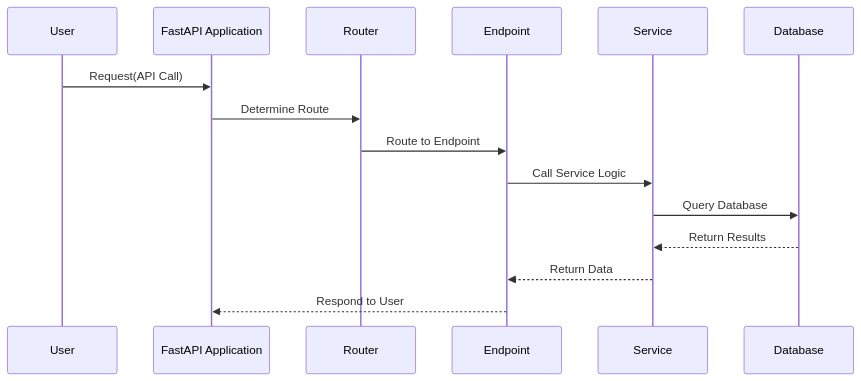
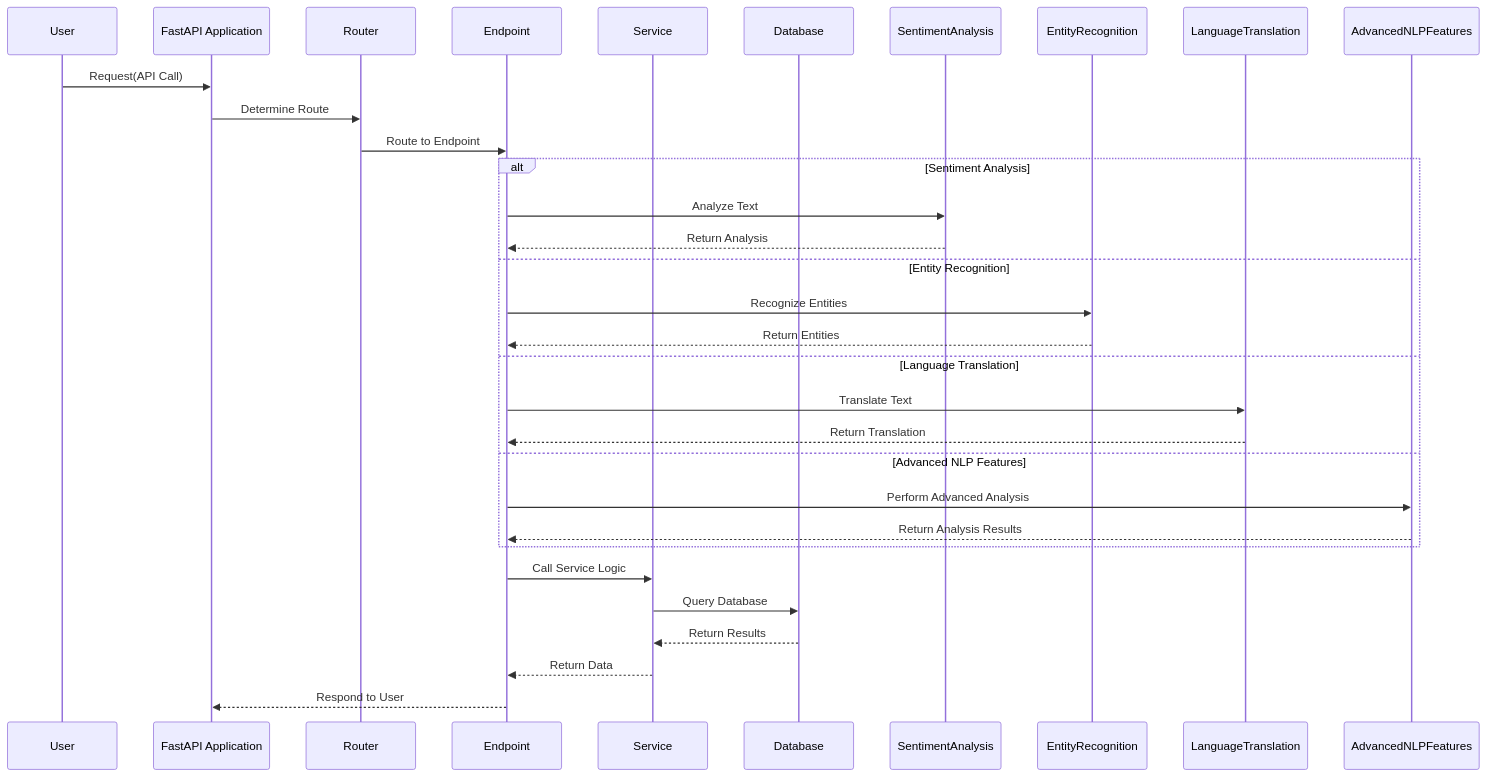
The diagram in resources/seq_flow/20240713111106.mmd (eagurin/Singularity), drawn with Mermaid before and after one commit. The commit also changed 490 other files, not shown here.

```diff
--- a/resources/seq_flow/20240713111106.mmd
+++ b/resources/seq_flow/20240713111106.mmd
@@ -1,16 +1,33 @@
 
 sequenceDiagram
     participant User as User
     participant FastAPIApp as FastAPI Application
     participant Router as Router
     participant Endpoint as Endpoint
     participant Service as Service
     participant Database as Database
+    participant SA as SentimentAnalysis
+    participant ER as EntityRecognition
+    participant LT as LanguageTranslation
+    participant ANF as AdvancedNLPFeatures
     User->>FastAPIApp: Request(API Call)
     FastAPIApp->>Router: Determine Route
     Router->>Endpoint: Route to Endpoint
+    alt Sentiment Analysis
+        Endpoint->>SA: Analyze Text
+        SA-->>Endpoint: Return Analysis
+    else Entity Recognition
+        Endpoint->>ER: Recognize Entities
+        ER-->>Endpoint: Return Entities
+    else Language Translation
+        Endpoint->>LT: Translate Text
+        LT-->>Endpoint: Return Translation
+    else Advanced NLP Features
+        Endpoint->>ANF: Perform Advanced Analysis
+        ANF-->>Endpoint: Return Analysis Results
+    end
     Endpoint->>Service: Call Service Logic
     Service->>Database: Query Database
     Database-->>Service: Return Results
     Service-->>Endpoint: Return Data
     Endpoint-->>FastAPIApp: Respond to User
```
